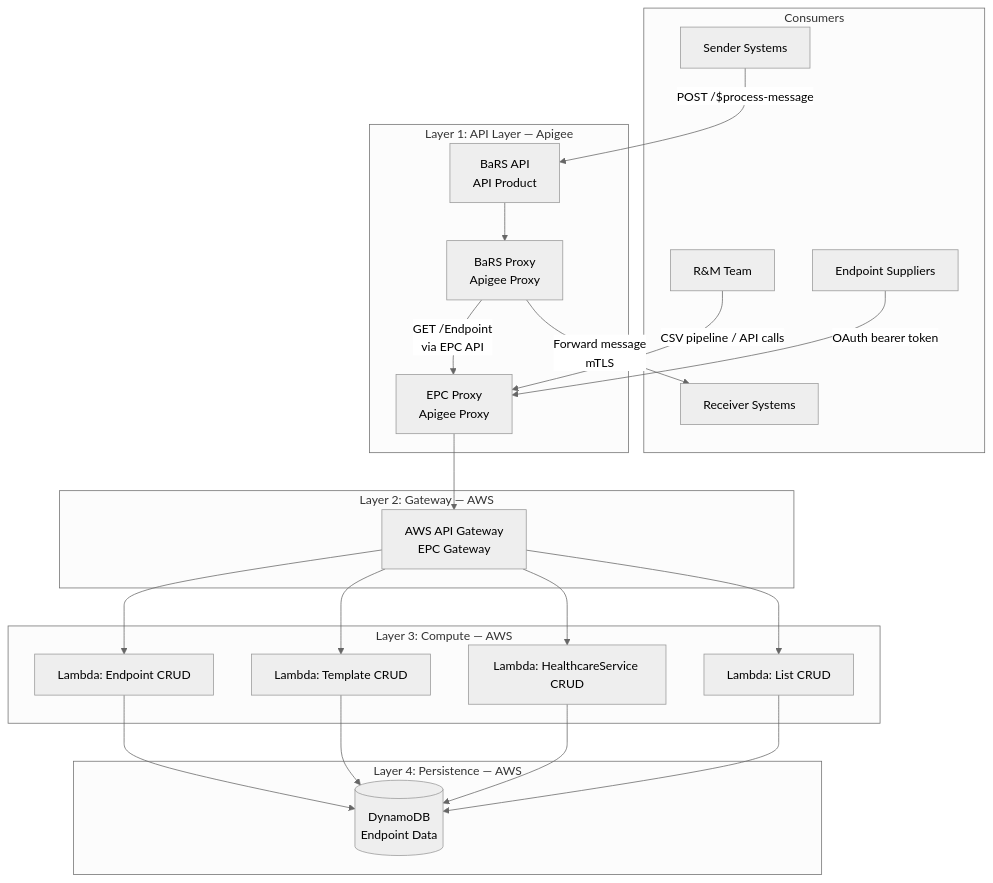
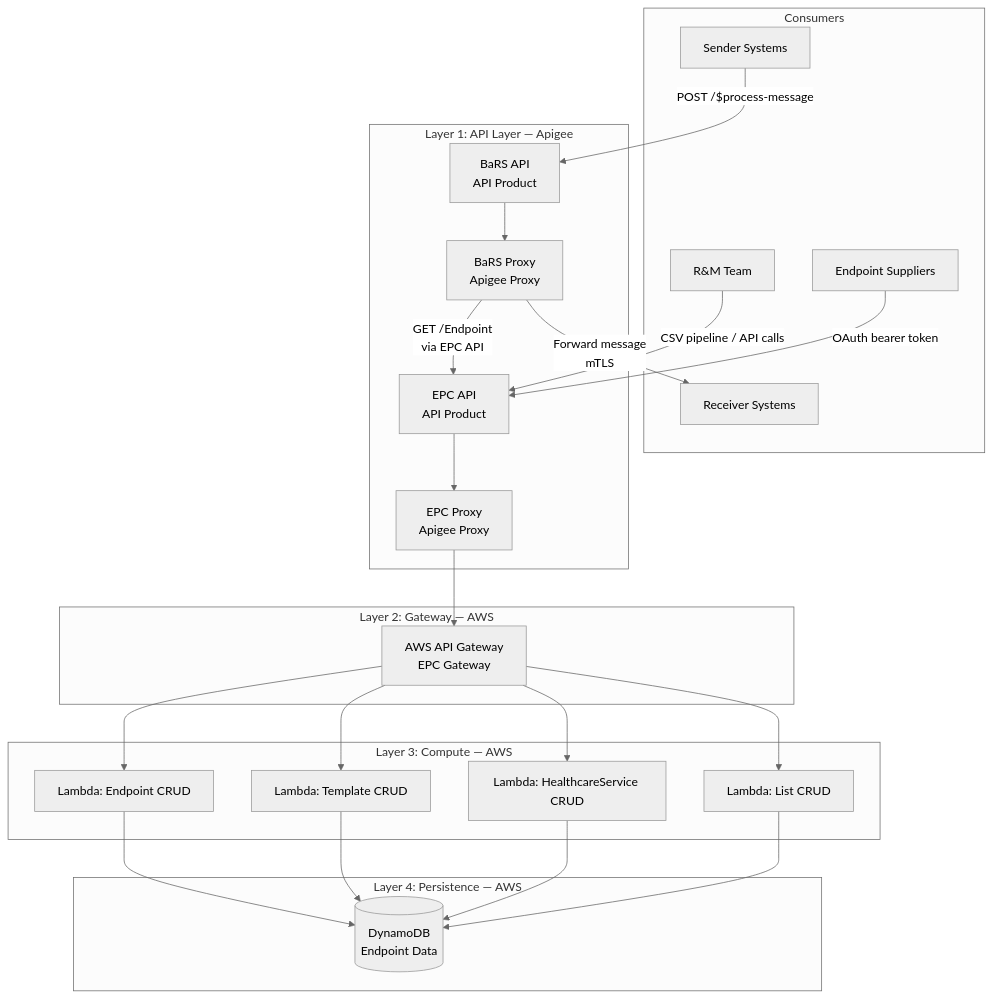
Before and after one commit to RichardWardNHSD/epc-work: the first of 5 diagrams in Documents/architecture.md, drawn with Mermaid (neutral theme). The commit also changed other lines of this file, not shown here.

````diff
--- a/Documents/architecture.md
+++ b/Documents/architecture.md
@@ -39,49 +39,51 @@
 ```mermaid
 graph TD
     subgraph Consumers
         SENDER[Sender Systems]
         RECEIVER[Receiver Systems]
         RM[R&M Team]
         SUPPLIER[Endpoint Suppliers]
     end
 
     subgraph "Layer 1: API Layer — Apigee"
         BARS_API[BaRS API<br/>API Product]
         BARS_PROXY[BaRS Proxy<br/>Apigee Proxy]
+        EPC_API[EPC API<br/>API Product]
         EPC_PROXY[EPC Proxy<br/>Apigee Proxy]
     end
 
     subgraph "Layer 2: Gateway — AWS"
         APIGW[AWS API Gateway<br/>EPC Gateway]
     end
 
     subgraph "Layer 3: Compute — AWS"
         LAMBDA_EP[Lambda: Endpoint CRUD]
         LAMBDA_TPL[Lambda: Template CRUD]
         LAMBDA_HCS[Lambda: HealthcareService CRUD]
         LAMBDA_LIST[Lambda: List CRUD]
     end
 
     subgraph "Layer 4: Persistence — AWS"
         DDB[(DynamoDB<br/>Endpoint Data)]
     end
 
     SENDER -->|POST /$process-message| BARS_API
     BARS_API --> BARS_PROXY
-    BARS_PROXY -->|GET /Endpoint<br/>via EPC API| EPC_PROXY
+    BARS_PROXY -->|GET /Endpoint<br/>via EPC API| EPC_API
     BARS_PROXY -->|Forward message<br/>mTLS| RECEIVER
 
-    RM -->|CSV pipeline / API calls| EPC_PROXY
-    SUPPLIER -->|OAuth bearer token| EPC_PROXY
+    RM -->|CSV pipeline / API calls| EPC_API
+    SUPPLIER -->|OAuth bearer token| EPC_API
+    EPC_API --> EPC_PROXY
     EPC_PROXY --> APIGW
 
     APIGW --> LAMBDA_EP
     APIGW --> LAMBDA_TPL
     APIGW --> LAMBDA_HCS
     APIGW --> LAMBDA_LIST
 
     LAMBDA_EP --> DDB
     LAMBDA_TPL --> DDB
     LAMBDA_HCS --> DDB
     LAMBDA_LIST --> DDB
 ```
````
